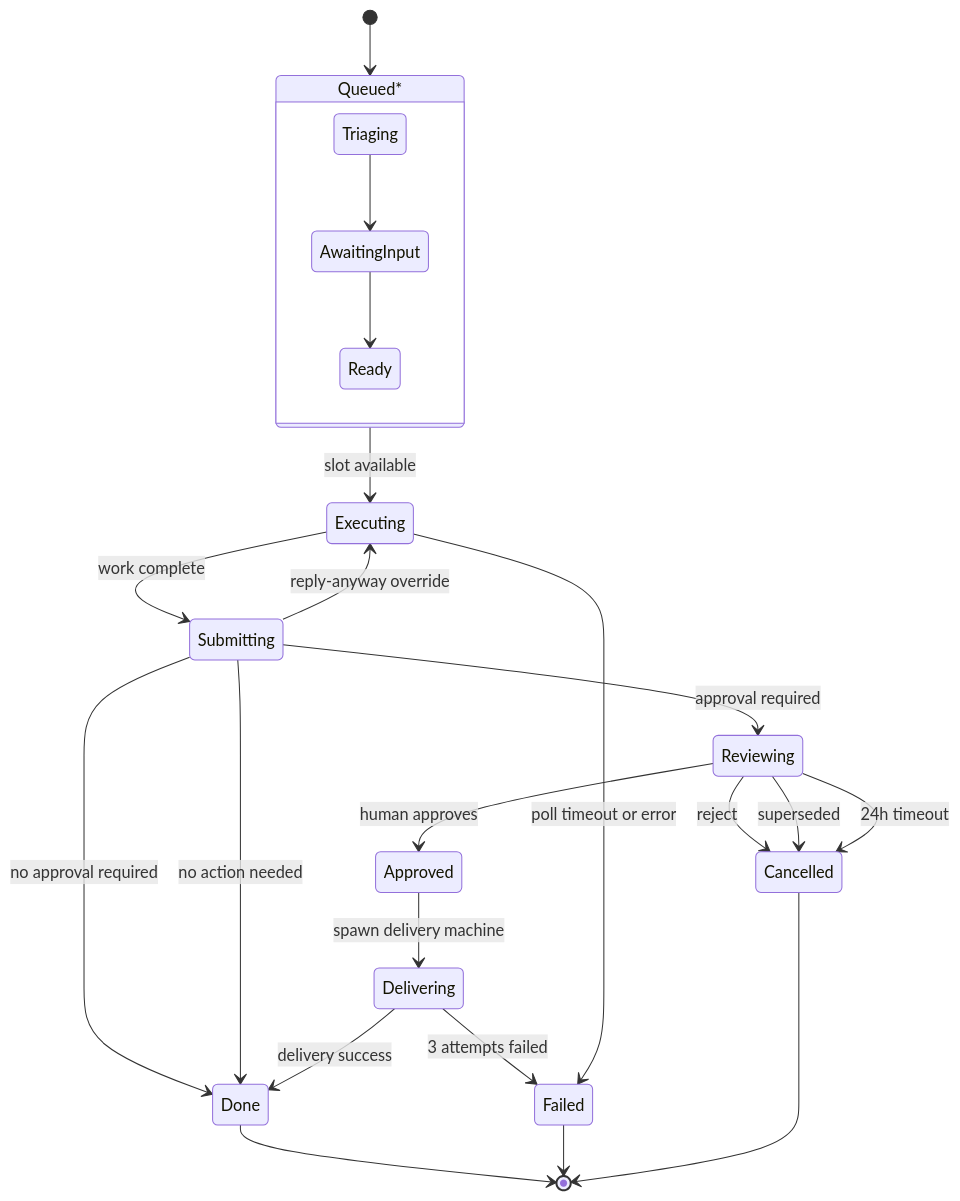
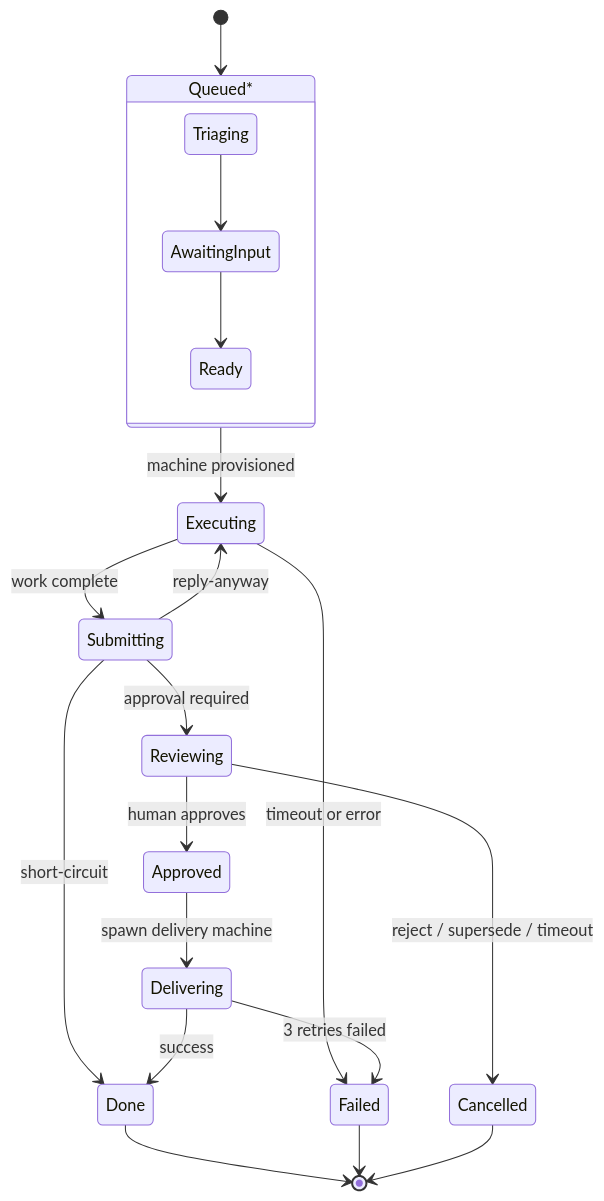
Before and after one commit to viiqswim/dozaldevs-ai-employee: the second of 5 diagrams in docs/2026-04-29-2255-current-system-state.md, drawn with Mermaid.

Commit message:
docs: fix lifecycle state diagram — collapse duplicate parallel arrows

````diff
--- a/docs/2026-04-29-2255-current-system-state.md
+++ b/docs/2026-04-29-2255-current-system-state.md
@@ -193,31 +193,28 @@
 ```mermaid
 stateDiagram-v2
     [*] --> Queued
 
     state "Queued*" as Queued {
         Triaging --> AwaitingInput
         AwaitingInput --> Ready
     }
 
-    Queued --> Executing : slot available
+    Queued --> Executing : machine provisioned
     Executing --> Submitting : work complete
-    Submitting --> Done : no approval required
-    Submitting --> Done : no action needed
-    Submitting --> Executing : reply-anyway override
+    Executing --> Failed : timeout or error
+
     Submitting --> Reviewing : approval required
+    Submitting --> Done : short-circuit
+    Submitting --> Executing : reply-anyway
 
     Reviewing --> Approved : human approves
-    Reviewing --> Cancelled : reject
-    Reviewing --> Cancelled : superseded
-    Reviewing --> Cancelled : 24h timeout
+    Reviewing --> Cancelled : reject / supersede / timeout
 
     Approved --> Delivering : spawn delivery machine
-    Delivering --> Done : delivery success
-    Delivering --> Failed : 3 attempts failed
-
-    Executing --> Failed : poll timeout or error
+    Delivering --> Done : success
+    Delivering --> Failed : 3 retries failed
 
     Done --> [*]
     Failed --> [*]
     Cancelled --> [*]
 ```
````
